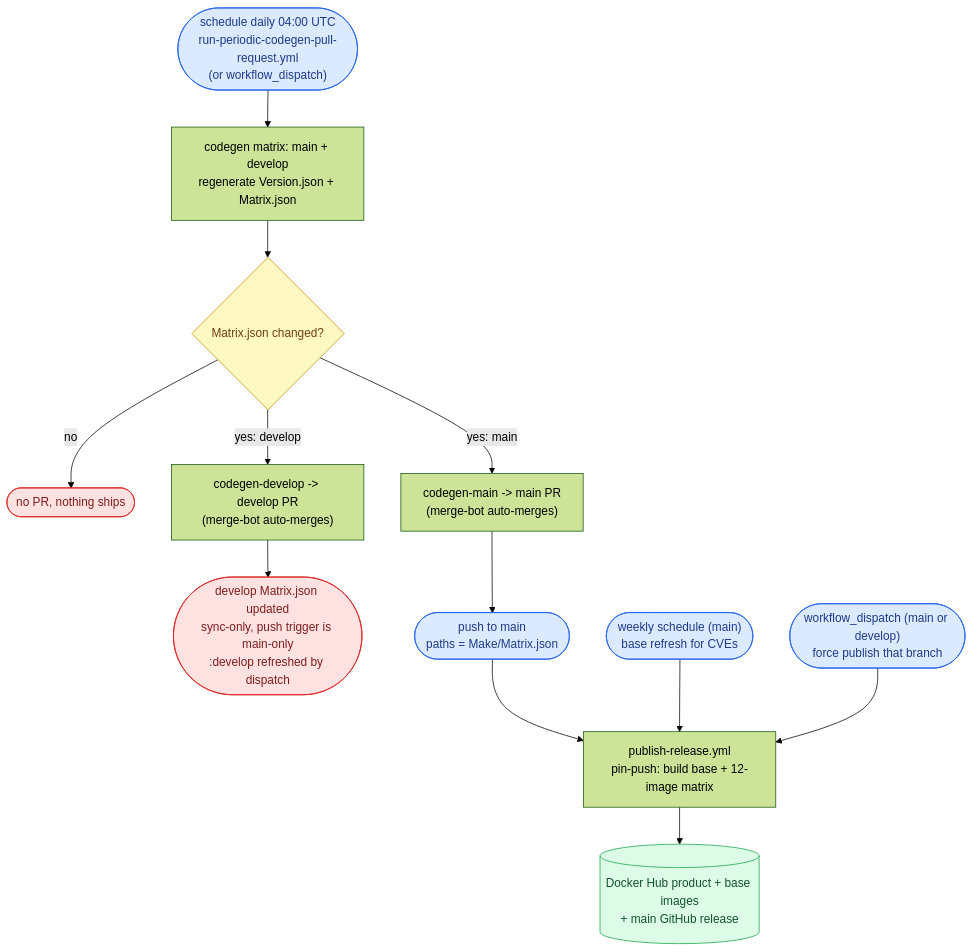
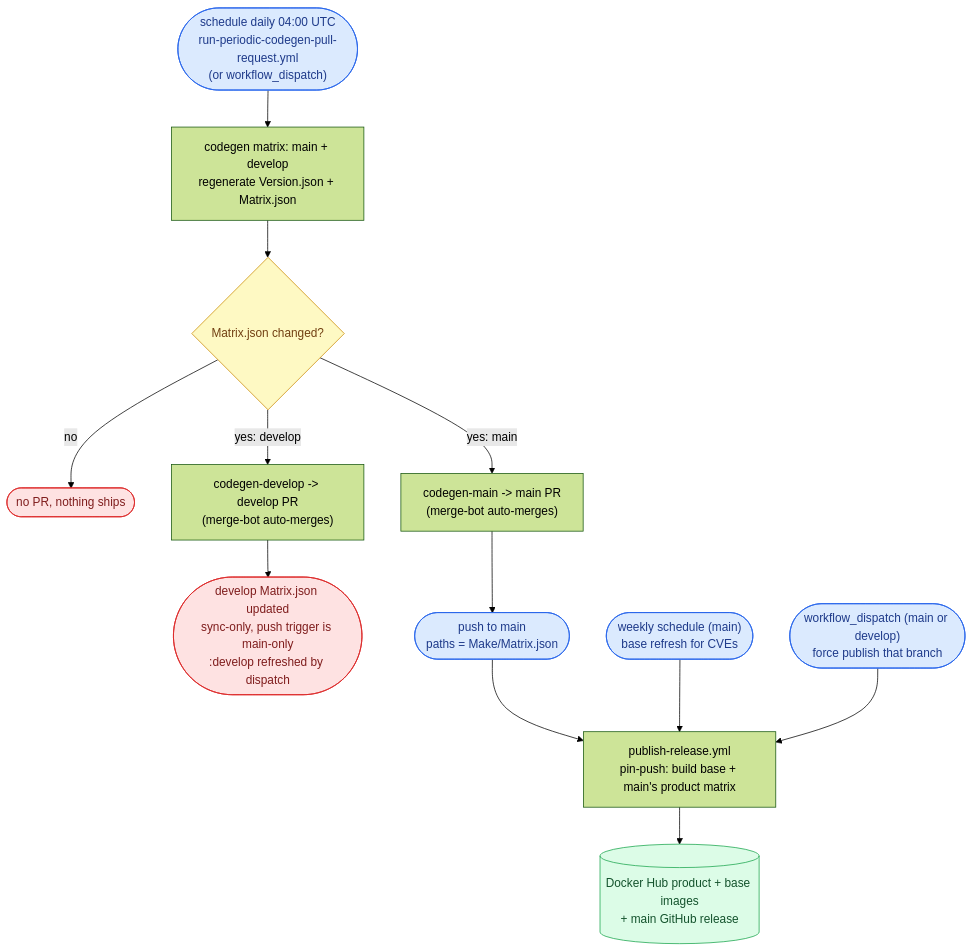
Before and after one commit to ptr727/NxWitness: the fourth of 4 diagrams in WORKFLOW.md, drawn with Mermaid (forest theme). The commit also changed other lines of this file and 17 other files, not shown here.

````diff
--- a/WORKFLOW.md
+++ b/WORKFLOW.md
@@ -326,18 +344,18 @@
 ```mermaid
 flowchart TD
     PER(["schedule daily 04:00 UTC<br/>run-periodic-codegen-pull-request.yml<br/>(or workflow_dispatch)"]):::trig --> CGM
     CGM["codegen matrix: main + develop<br/>regenerate Version.json + Matrix.json"] --> DCH{"Matrix.json changed?"}:::gate
     DCH -- "no" --> NOPR(["no PR, nothing ships"]):::stop
     DCH -- "yes: main" --> PRM["codegen-main -> main PR<br/>(merge-bot auto-merges)"]
     DCH -- "yes: develop" --> PRD["codegen-develop -> develop PR<br/>(merge-bot auto-merges)"]
     PRD --> SYNC(["develop Matrix.json updated<br/>sync-only, push trigger is main-only<br/>:develop refreshed by dispatch"]):::stop
     PRM --> PUSH(["push to main<br/>paths = Make/Matrix.json"]):::trig
-    PUSH --> PUB["publish-release.yml<br/>pin-push: build base + 12-image matrix"]
+    PUSH --> PUB["publish-release.yml<br/>pin-push: build base + main's product matrix"]
     PUB --> SINK[("Docker Hub product + base images<br/>+ main GitHub release")]:::pub
     SCHED(["weekly schedule (main)<br/>base refresh for CVEs"]):::trig --> PUB
     DISP(["workflow_dispatch (main or develop)<br/>force publish that branch"]):::trig --> PUB
     classDef trig fill:#dbeafe,stroke:#2563eb,color:#1e3a8a
     classDef gate fill:#fef9c3,stroke:#ca8a04,color:#713f12
     classDef pub fill:#dcfce7,stroke:#16a34a,color:#14532d
     classDef stop fill:#fee2e2,stroke:#dc2626,color:#7f1d1d
 ```
````
